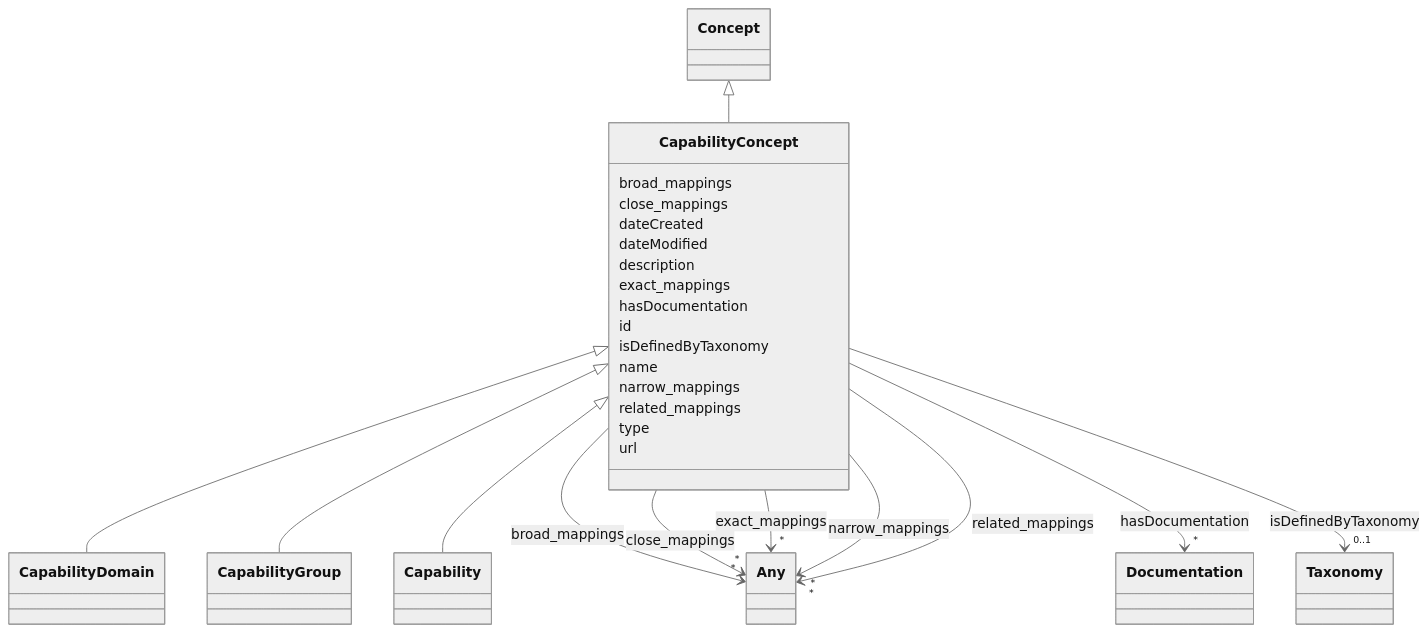
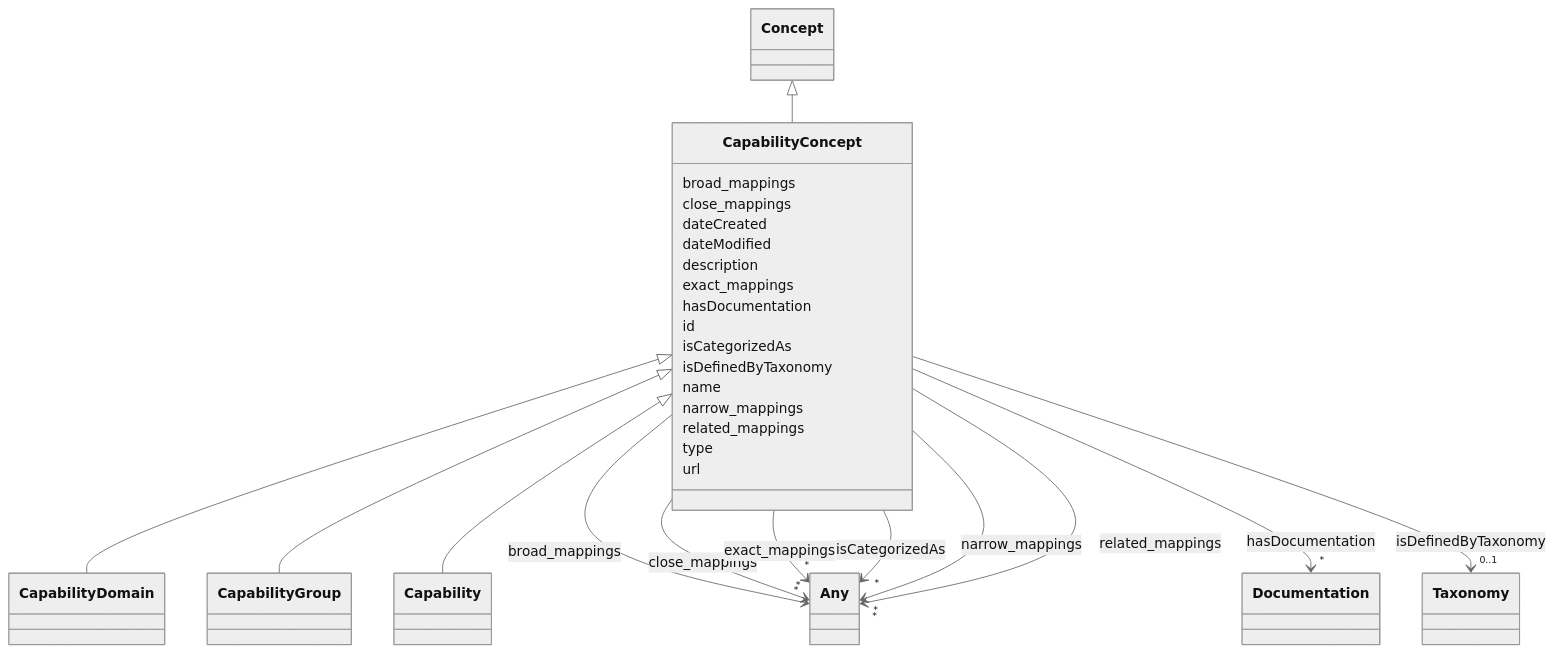
One commit to dhavalsalwala/ai-atlas-nexus-fork changed the diagram in docs/ontology/CapabilityConcept.md. Above: the diagram before and after it, drawn with Mermaid (neutral theme). The commit also changed other lines of this file and 130 other files, not shown here.

```diff
--- a/docs/ontology/CapabilityConcept.md
+++ b/docs/ontology/CapabilityConcept.md
@@ -72,6 +72,17 @@
 
       CapabilityConcept : id
 
+      CapabilityConcept : isCategorizedAs
+
+
+
+
+
+        CapabilityConcept --> "*" Any : isCategorizedAs
+        click Any href "../Any/"
+
+
+
       CapabilityConcept : isDefinedByTaxonomy
 
 
```
